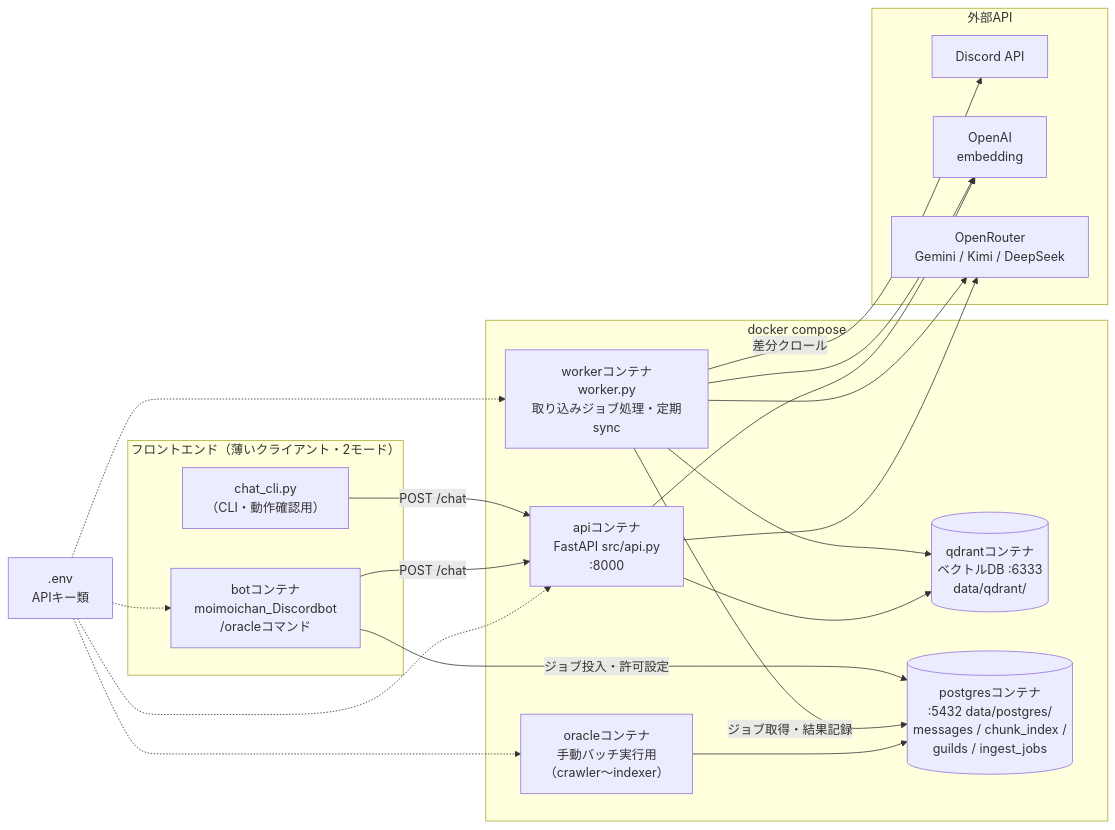
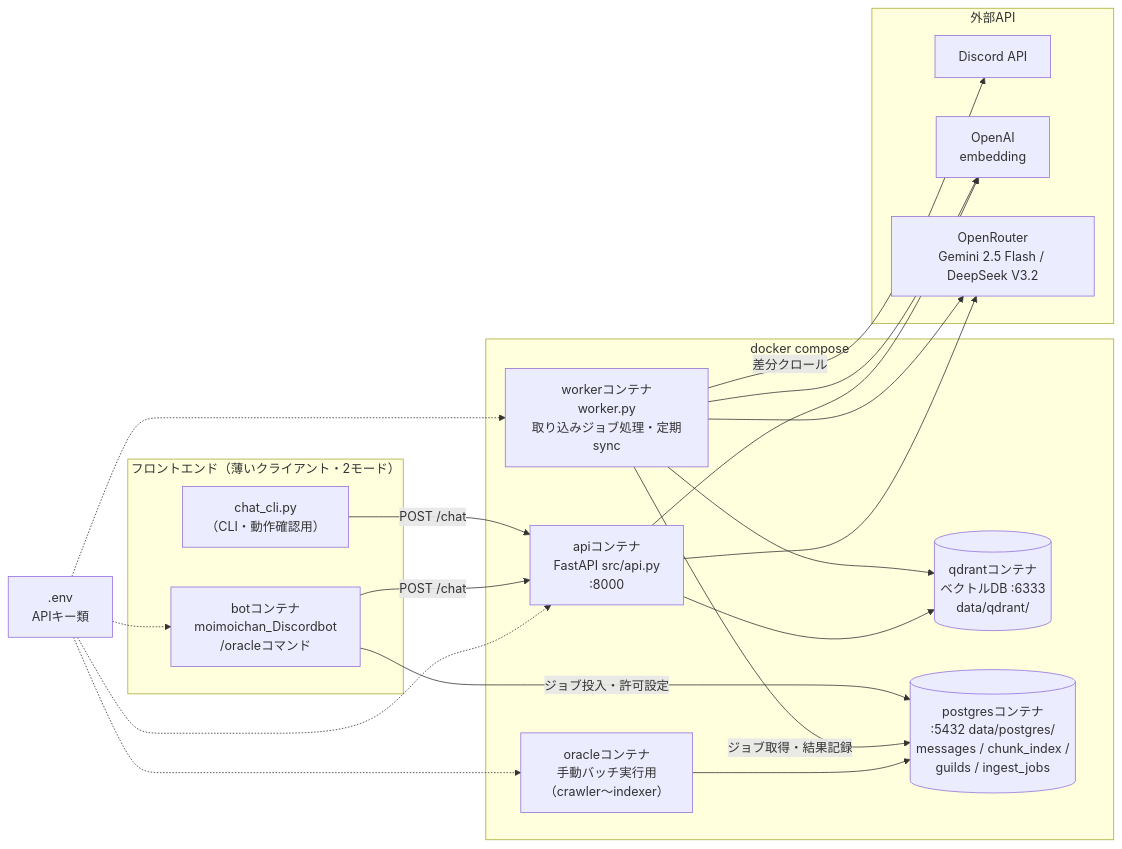
The first of 4 diagrams in docs/DIAGRAMS.md (aigamoid/remember), drawn with Mermaid before and after one commit. The commit also changed other lines of this file, not shown here.

First line of the commit message:
docs(diagrams): 回答図をDeepSeek V3.2へ・hybrid/recency等反映＋remember表記

````diff
--- a/docs/DIAGRAMS.md
+++ b/docs/DIAGRAMS.md
@@ -8,33 +9,33 @@
 ```mermaid
 flowchart LR
     subgraph FRONT["フロントエンド（薄いクライアント・2モード）"]
         CLI["chat_cli.py<br>（CLI・動作確認用）"]
         BOT["botコンテナ<br>moimoichan_Discordbot<br>/oracleコマンド"]
     end
 
     subgraph COMPOSE["docker compose"]
         API["apiコンテナ<br>FastAPI src/api.py<br>:8000"]
         WORKER["workerコンテナ<br>worker.py<br>取り込みジョブ処理・定期sync"]
         QD[("qdrantコンテナ<br>ベクトルDB :6333<br>data/qdrant/")]
         PG[("postgresコンテナ<br>:5432 data/postgres/<br>messages / chunk_index /<br>guilds / ingest_jobs")]
         ORACLE["oracleコンテナ<br>手動バッチ実行用<br>（crawler〜indexer）"]
     end
 
     subgraph EXT["外部API"]
         DISCORD["Discord API"]
         OAI["OpenAI<br>embedding"]
-        ORT["OpenRouter<br>Gemini / Kimi / DeepSeek"]
+        ORT["OpenRouter<br>Gemini 2.5 Flash / DeepSeek V3.2"]
     end
 
     CLI -- "POST /chat" --> API
     BOT -- "POST /chat" --> API
     BOT -- "ジョブ投入・許可設定" --> PG
     WORKER -- "ジョブ取得・結果記録" --> PG
     WORKER -- "差分クロール" --> DISCORD
     WORKER --> OAI & ORT
     WORKER --> QD
     API --> QD
     API --> OAI & ORT
     ORACLE --> PG
     ENV[".env<br>APIキー類"] -.-> API & WORKER & ORACLE & BOT
 ```
````
